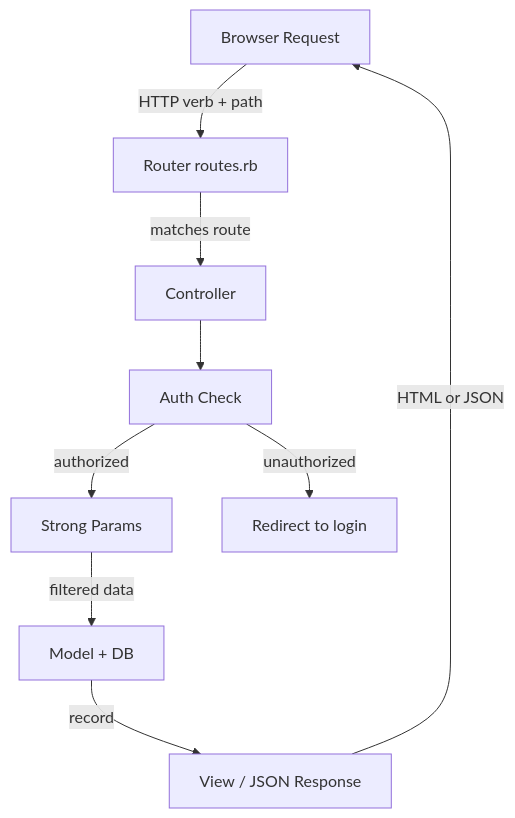
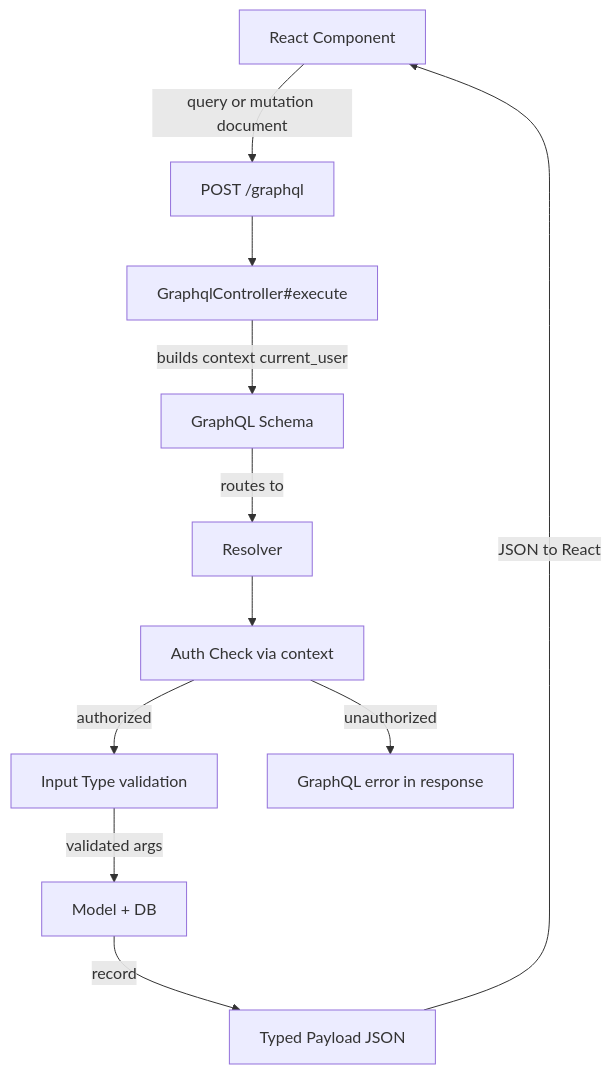
One commit to snesjhon/snesjhon changed the first of 2 diagrams in ysk/interview-prep/01-rails-crud-api/01-rails-crud-api.md. Above: the diagram before and after it, drawn with Mermaid. The commit also changed other lines of this file and 63 other files, not shown here.

````diff
--- a/ysk/interview-prep/01-rails-crud-api/01-rails-crud-api.md
+++ b/ysk/interview-prep/01-rails-crud-api/01-rails-crud-api.md
@@ -31,19 +33,23 @@
 ```mermaid
 graph TD
-    Browser[Browser Request]
-    Router[Router routes.rb]
-    Controller[Controller]
-    Auth[Auth Check]
-    Params[Strong Params]
+    React[React Component]
+    Endpoint[POST /graphql]
+    GQLController[GraphqlController#execute]
+    Schema[GraphQL Schema]
+    Resolver[Resolver]
+    Auth[Auth Check via context]
+    InputType[Input Type validation]
     Model[Model + DB]
-    View[View / JSON Response]
+    Payload[Typed Payload JSON]
 
-    Browser -->|HTTP verb + path| Router
-    Router -->|matches route| Controller
-    Controller --> Auth
-    Auth -->|unauthorized| Redirect[Redirect to login]
-    Auth -->|authorized| Params
-    Params -->|filtered data| Model
-    Model -->|record| View
-    View -->|HTML or JSON| Browser
+    React -->|query or mutation document| Endpoint
+    Endpoint --> GQLController
+    GQLController -->|builds context current_user| Schema
+    Schema -->|routes to| Resolver
+    Resolver --> Auth
+    Auth -->|unauthorized| Error[GraphQL error in response]
+    Auth -->|authorized| InputType
+    InputType -->|validated args| Model
+    Model -->|record| Payload
+    Payload -->|JSON to React| React
 ```
````
